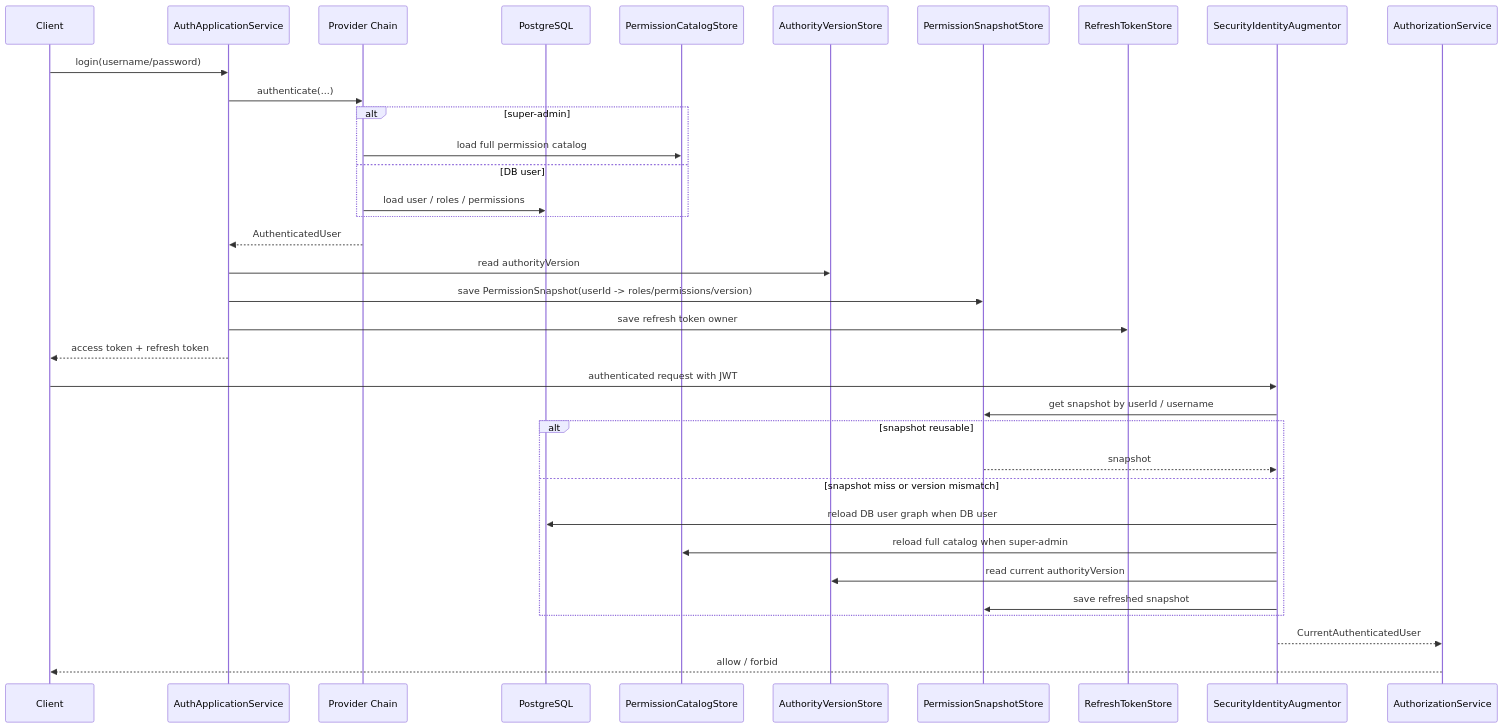
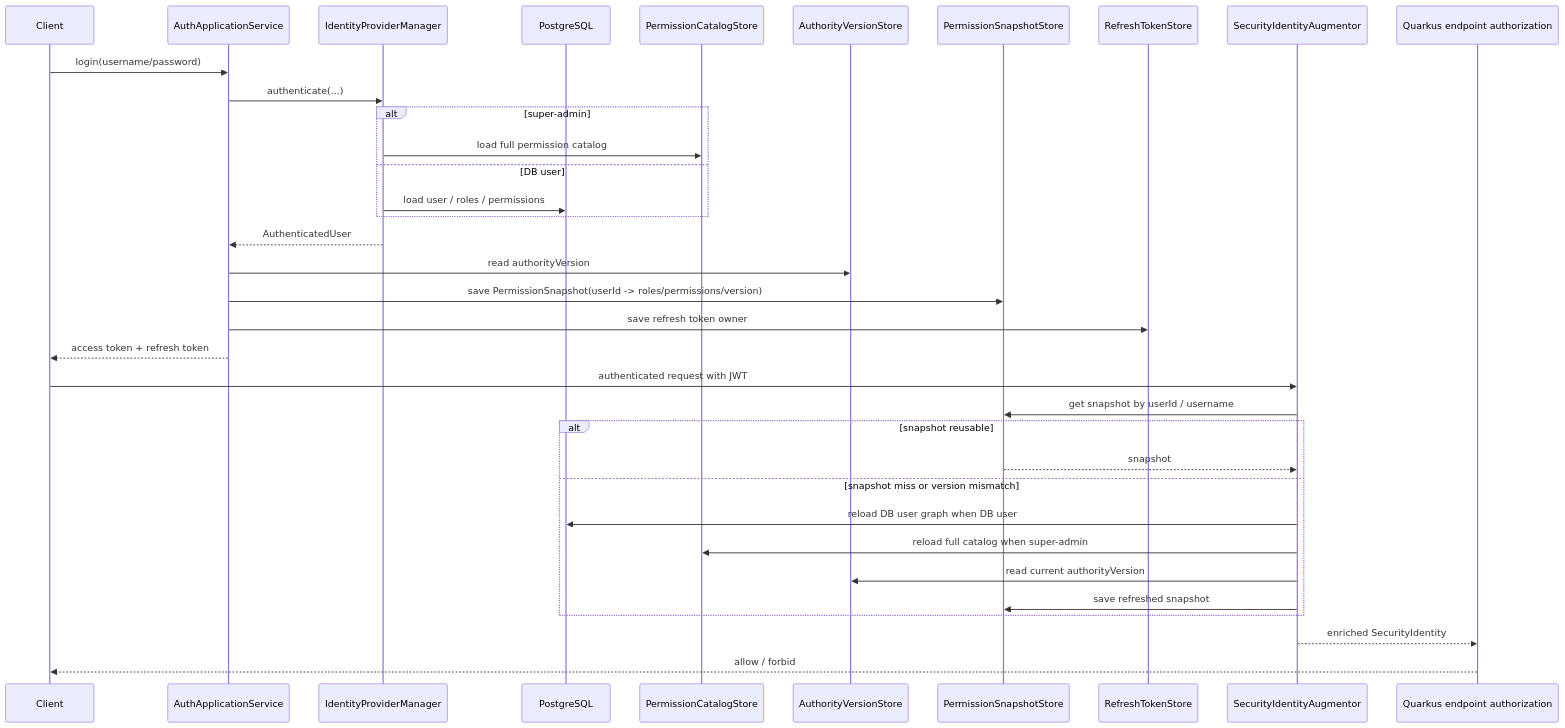
Before and after one commit to DaiYuANg/quarkus-rbac-ddd-template: the second of 2 diagrams in docs/SECURITY_RUNTIME.zh-CN.md, drawn with Mermaid. The commit also changed other lines of this file and 36 other files, not shown here.

````diff
--- a/docs/SECURITY_RUNTIME.zh-CN.md
+++ b/docs/SECURITY_RUNTIME.zh-CN.md
@@ -73,39 +73,39 @@
 ```mermaid
 sequenceDiagram
   participant C as Client
   participant A as AuthApplicationService
-  participant P as Provider Chain
+  participant P as IdentityProviderManager
   participant PG as PostgreSQL
   participant PC as PermissionCatalogStore
   participant AV as AuthorityVersionStore
   participant PS as PermissionSnapshotStore
   participant RT as RefreshTokenStore
   participant AUG as SecurityIdentityAugmentor
-  participant AZ as AuthorizationService
+  participant EP as Quarkus endpoint authorization
 
   C->>A: login(username/password)
   A->>P: authenticate(...)
   alt super-admin
     P->>PC: load full permission catalog
   else DB user
     P->>PG: load user / roles / permissions
   end
   P-->>A: AuthenticatedUser
   A->>AV: read authorityVersion
   A->>PS: save PermissionSnapshot(userId -> roles/permissions/version)
   A->>RT: save refresh token owner
   A-->>C: access token + refresh token
 
   C->>AUG: authenticated request with JWT
   AUG->>PS: get snapshot by userId / username
   alt snapshot reusable
     PS-->>AUG: snapshot
   else snapshot miss or version mismatch
     AUG->>PG: reload DB user graph when DB user
     AUG->>PC: reload full catalog when super-admin
     AUG->>AV: read current authorityVersion
     AUG->>PS: save refreshed snapshot
   end
-  AUG-->>AZ: CurrentAuthenticatedUser
-  AZ-->>C: allow / forbid
+  AUG-->>EP: enriched SecurityIdentity
+  EP-->>C: allow / forbid
 ```
````
